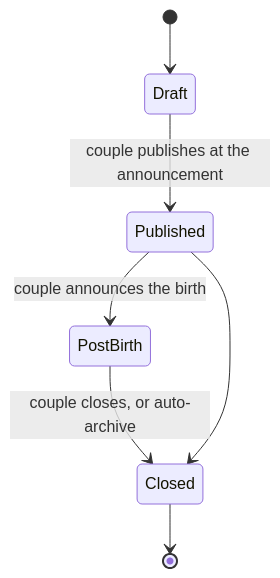
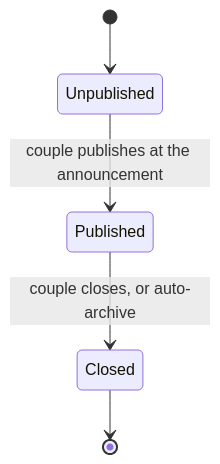
Before and after one commit to daniel1mor3055/il-wishlist-registry: the second of 2 diagrams in docs/prd.md, drawn with Mermaid. The commit also changed other lines of this file and 21 other files, not shown here.

First line of the commit message:
Cut five features before the C2 schema encodes them.

````diff
--- a/docs/prd.md
+++ b/docs/prd.md
@@ -62,9 +62,7 @@
 ```mermaid
 stateDiagram-v2
-  [*] --> Draft
-  Draft --> Published: couple publishes at the announcement
-  Published --> PostBirth: couple announces the birth
-  PostBirth --> Closed: couple closes, or auto-archive
-  Published --> Closed
+  [*] --> Unpublished
+  Unpublished --> Published: couple publishes at the announcement
+  Published --> Closed: couple closes, or auto-archive
   Closed --> [*]
 ```
````
